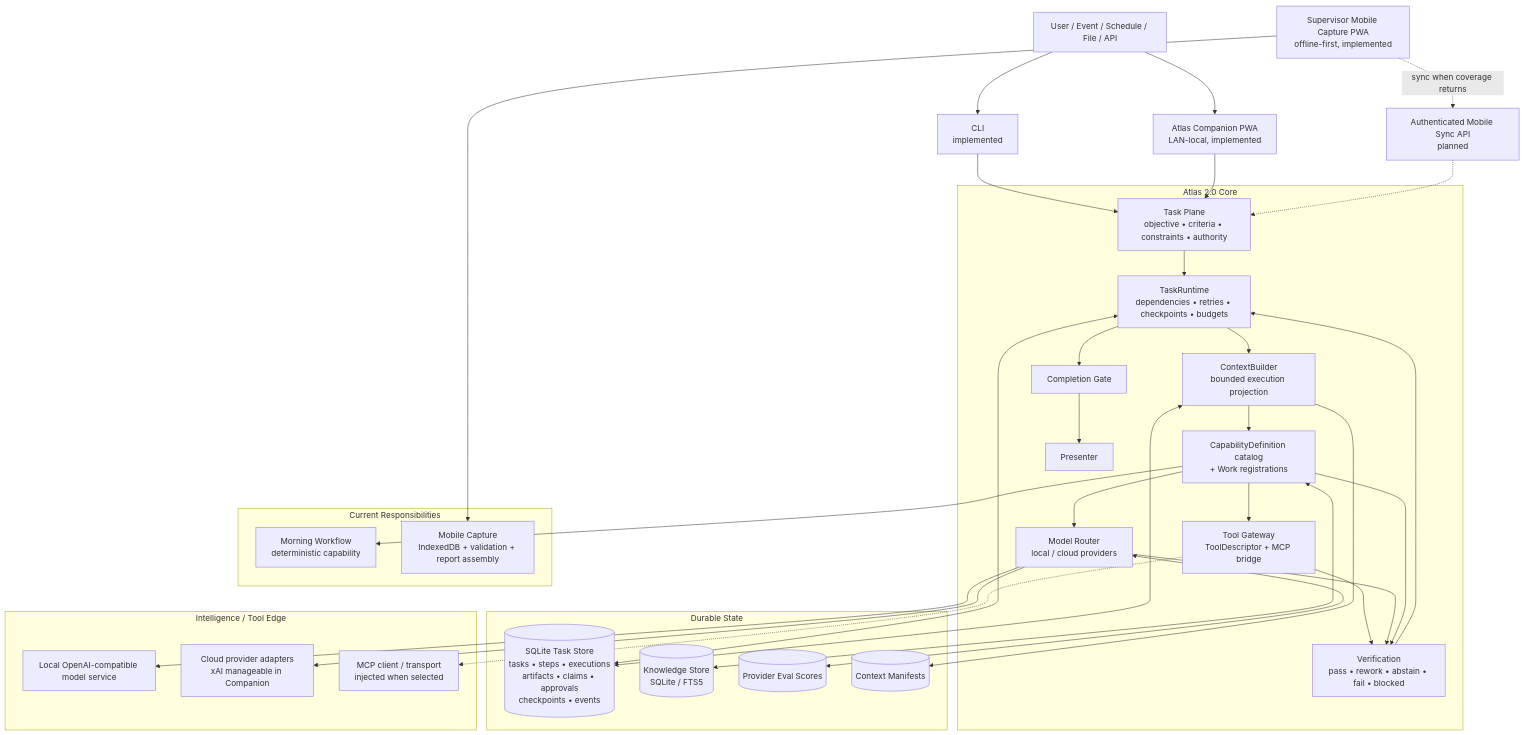
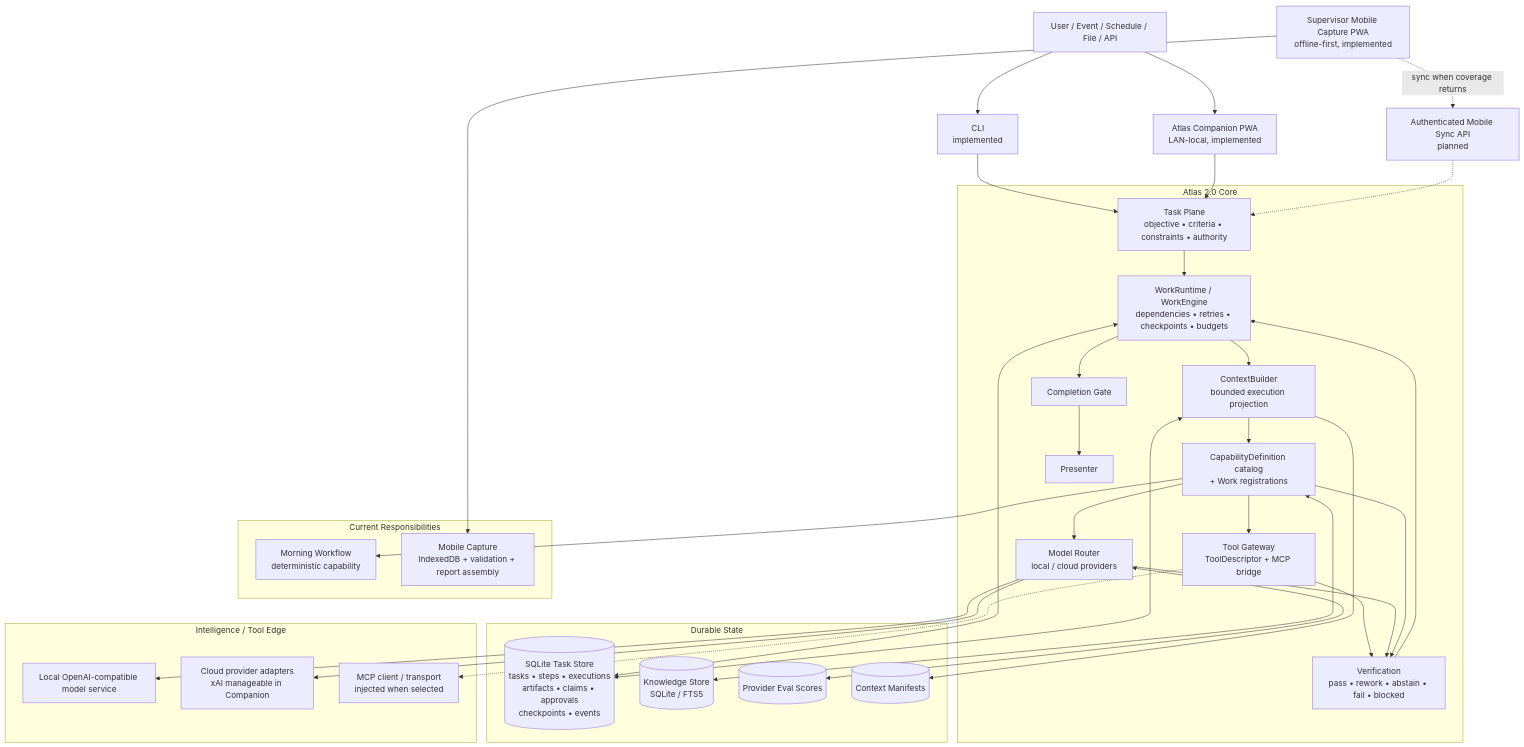
The first of 6 diagrams in README.md (Keeladin/atlas-agent), drawn with Mermaid before and after one commit. The commit also changed other lines of this file and 6 other files, not shown here.

First line of the commit message:
Document WorkRuntime and WorkEngine as Work execution owners.

````diff
--- a/README.md
+++ b/README.md
@@ -79,71 +79,71 @@
 ```mermaid
 flowchart TB
     U[User / Event / Schedule / File / API]
     CLI[CLI\nimplemented]
     MPWA[Supervisor Mobile Capture PWA\noffline-first, implemented]
     WEB[Atlas Companion PWA\nLAN-local, implemented]
     SYNC[Authenticated Mobile Sync API\nplanned]
 
     U --> CLI
     U --> WEB
     MPWA -. sync when coverage returns .-> SYNC
 
     CLI --> TP
     WEB --> TP
     SYNC -.-> TP
 
     subgraph CORE[Atlas 2.0 Core]
         TP[Task Plane\nobjective • criteria • constraints • authority]
-        RT[TaskRuntime\ndependencies • retries • checkpoints • budgets]
+        RT[WorkRuntime / WorkEngine\ndependencies • retries • checkpoints • budgets]
         CB[ContextBuilder\nbounded execution projection]
         CR[CapabilityDefinition catalog\n+ Work registrations]
         TG[Tool Gateway\nToolDescriptor + MCP bridge]
         MR[Model Router\nlocal / cloud providers]
         VR[Verification\npass • rework • abstain • fail • blocked]
         CV[Completion Gate]
         PR[Presenter]
 
         TP --> RT
         RT --> CB
         CB --> CR
         CR --> TG
         CR --> MR
         TG --> VR
         MR --> VR
         CR --> VR
         VR --> RT
         RT --> CV
         CV --> PR
     end
 
     subgraph STATE[Durable State]
         TS[(SQLite Task Store\ntasks • steps • executions\nartifacts • claims • approvals\ncheckpoints • events)]
         KM[(Knowledge Store\nSQLite / FTS5)]
         PS[(Provider Eval Scores)]
         CM[(Context Manifests)]
     end
 
     RT <--> TS
     CB <--> TS
     CB --> CM
     CR <--> KM
     MR <--> PS
 
     subgraph DOMAIN[Current Responsibilities]
         MW[Morning Workflow\ndeterministic capability]
         MOBILE[Mobile Capture\nIndexedDB + validation + report assembly]
     end
 
     CR --> MW
     MPWA --> MOBILE
 
     subgraph EDGE[Intelligence / Tool Edge]
         LOCAL[Local OpenAI-compatible model service]
         CLOUD[Cloud provider adapters\nxAI manageable in Companion]
         MCP[MCP client / transport\ninjected when selected]
     end
 
     MR --> LOCAL
     MR --> CLOUD
     TG -.-> MCP
 ```
````
